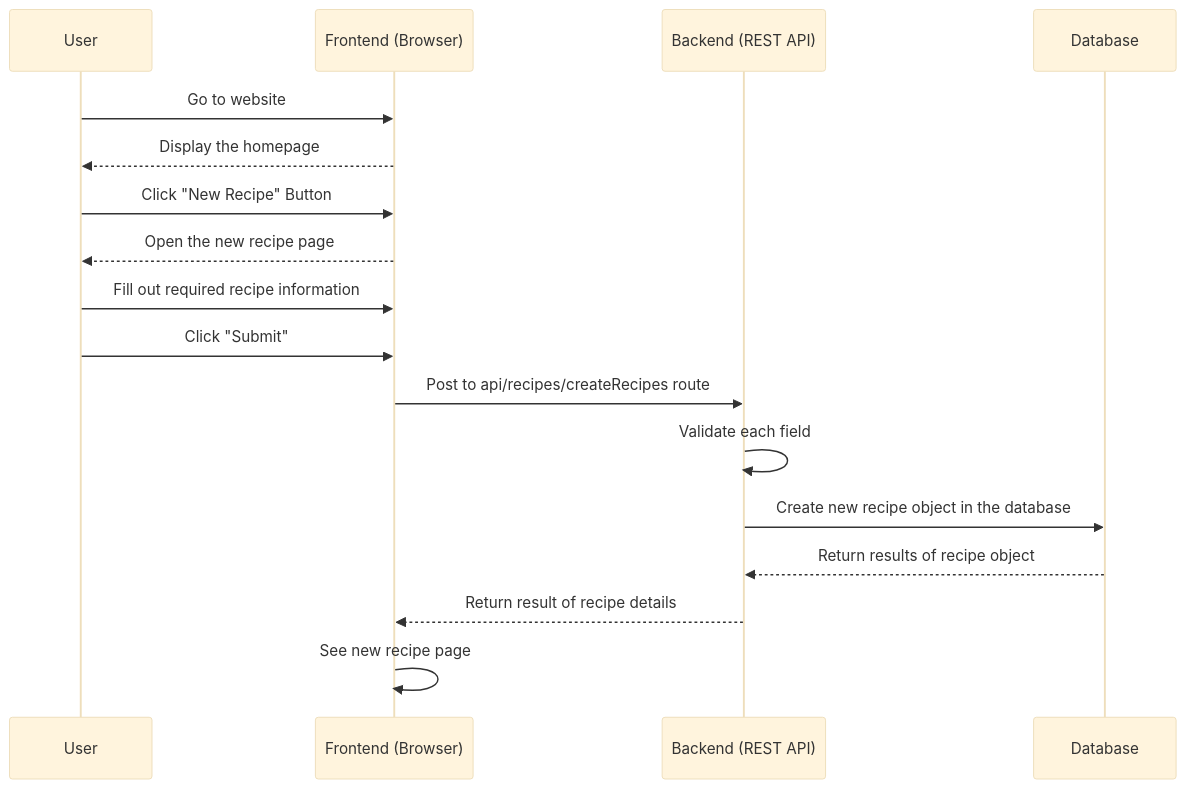
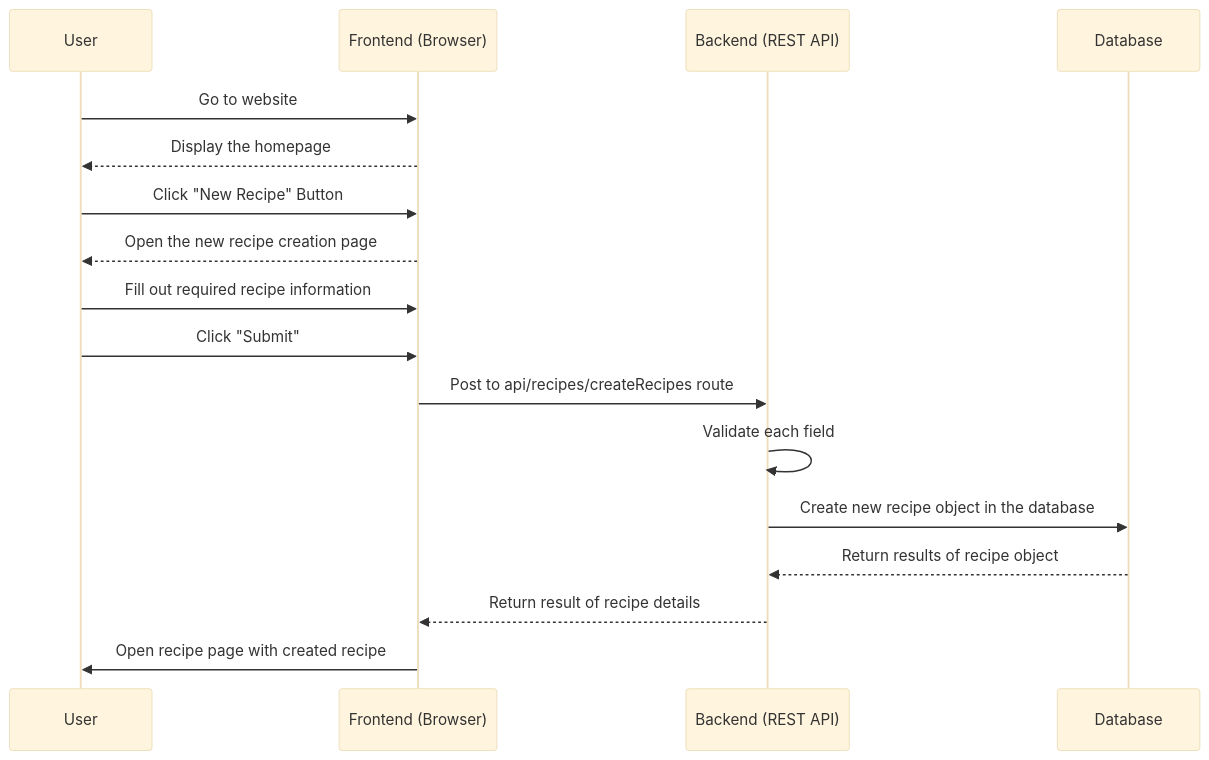
The diagram in documentation/sequence-diagrams/new-recipe.md (hwbit/PrepPal), drawn with Mermaid (base theme) before and after one commit.

Commit message:
fixed new recipe diagram

````diff
--- a/documentation/sequence-diagrams/new-recipe.md
+++ b/documentation/sequence-diagrams/new-recipe.md
@@ -1,15 +1,15 @@
 ```mermaid
 sequenceDiagram
     User->>Frontend (Browser): Go to website
     Frontend (Browser)-->>User: Display the homepage
     User->>Frontend (Browser): Click "New Recipe" Button
-    Frontend (Browser)-->>User: Open the new recipe page
+    Frontend (Browser)-->>User: Open the new recipe creation page
     User->>Frontend (Browser): Fill out required recipe information
     User->>Frontend (Browser): Click "Submit"
     Frontend (Browser)->>Backend (REST API): Post to api/recipes/createRecipes route
     Backend (REST API)->>Backend (REST API): Validate each field
     Backend (REST API)->>Database: Create new recipe object in the database
     Database-->>Backend (REST API): Return results of recipe object
     Backend (REST API)-->>Frontend (Browser): Return result of recipe details
-    Frontend (Browser)->>Frontend (Browser): See new recipe page
+    Frontend (Browser)->>User: Open recipe page with created recipe
 ```
````
